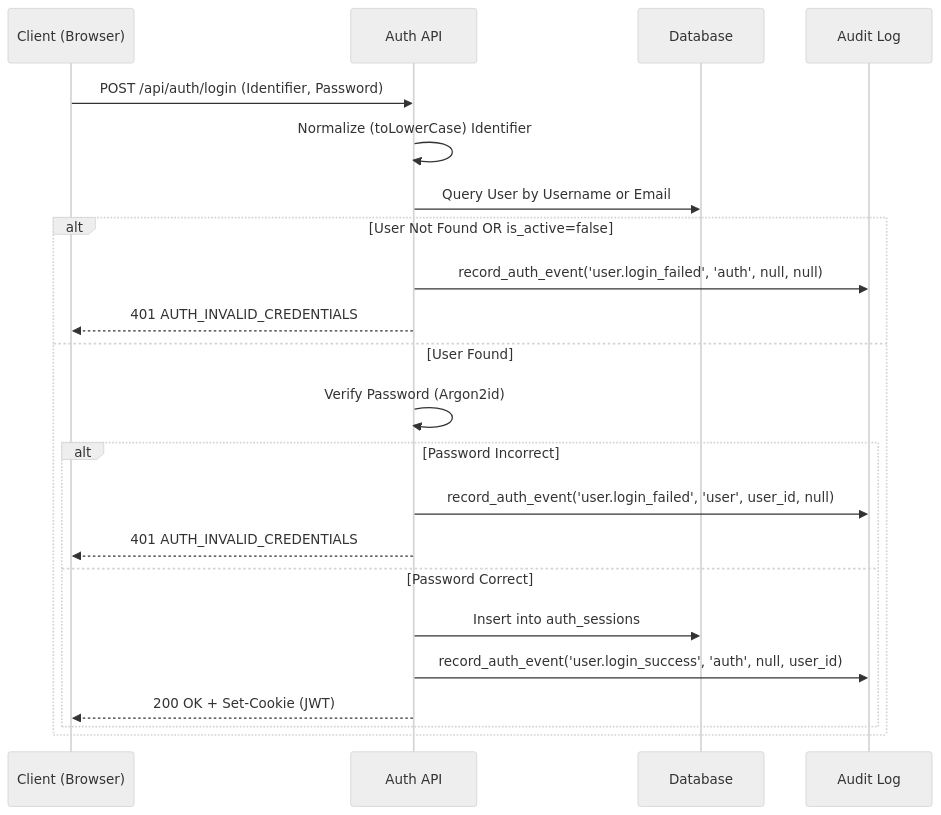
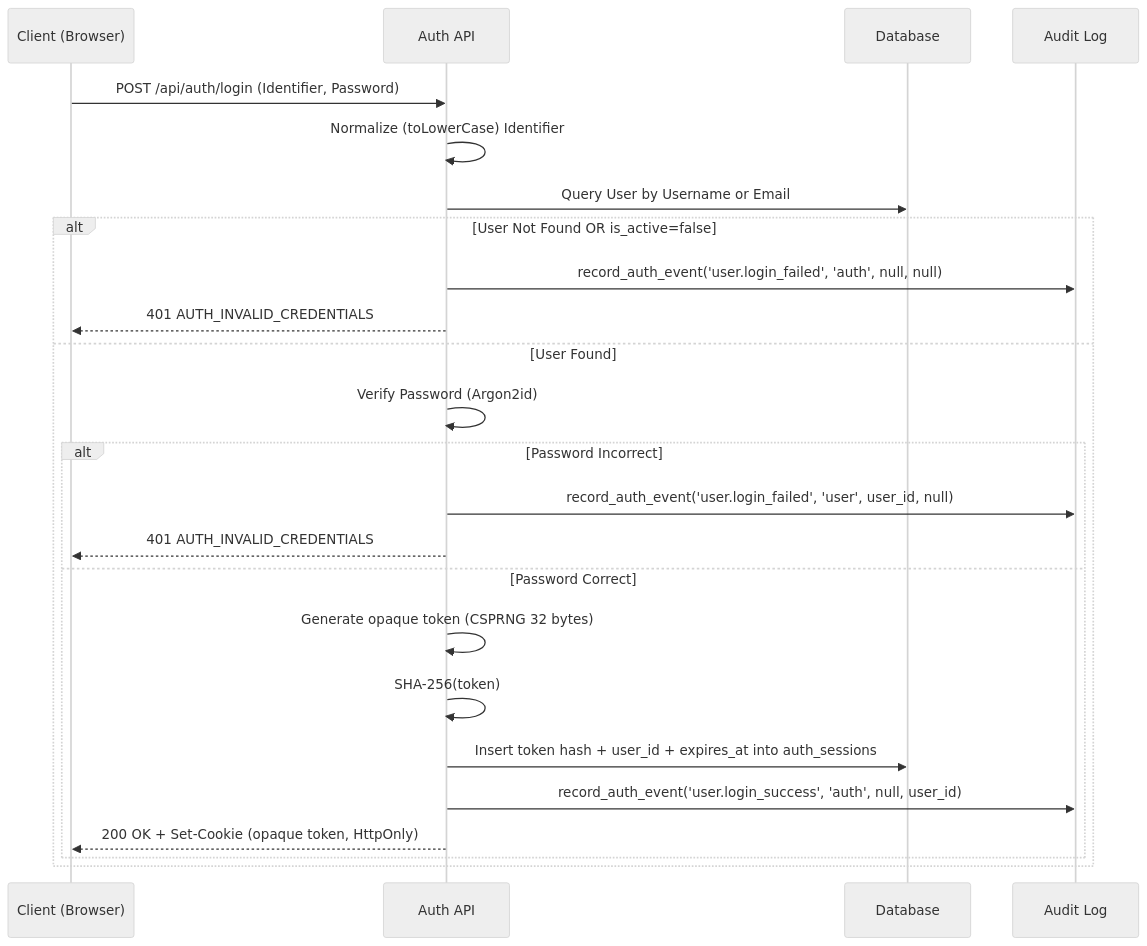
The first of 3 diagrams in 02_feature/00_Authentication(Naphat)/03_Component Diagram.md (napgat/NyNetMate-Research), drawn with Mermaid (neutral theme) before and after one commit. The commit also changed other lines of this file and 64 other files, not shown here.

````diff
--- a/02_feature/00_Authentication(Naphat)/03_Component Diagram.md
+++ b/02_feature/00_Authentication(Naphat)/03_Component Diagram.md
@@ -5,26 +5,28 @@
 ```mermaid
 sequenceDiagram
     participant C as Client (Browser)
     participant A as Auth API
     participant DB as Database
     participant L as Audit Log
 
     C->>A: POST /api/auth/login (Identifier, Password)
     A->>A: Normalize (toLowerCase) Identifier
     A->>DB: Query User by Username or Email
     
     alt User Not Found OR is_active=false
         A->>L: record_auth_event('user.login_failed', 'auth', null, null)
         A-->>C: 401 AUTH_INVALID_CREDENTIALS
     else User Found
         A->>A: Verify Password (Argon2id)
         alt Password Incorrect
             A->>L: record_auth_event('user.login_failed', 'user', user_id, null)
             A-->>C: 401 AUTH_INVALID_CREDENTIALS
         else Password Correct
-            A->>DB: Insert into auth_sessions
+            A->>A: Generate opaque token (CSPRNG 32 bytes)
+            A->>A: SHA-256(token)
+            A->>DB: Insert token hash + user_id + expires_at into auth_sessions
             A->>L: record_auth_event('user.login_success', 'auth', null, user_id)
-            A-->>C: 200 OK + Set-Cookie (JWT)
+            A-->>C: 200 OK + Set-Cookie (opaque token, HttpOnly)
         end
     end
 ```
````
